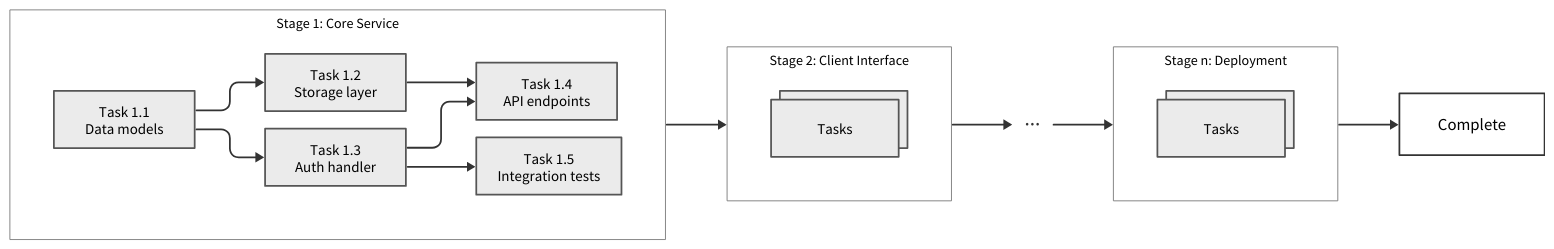
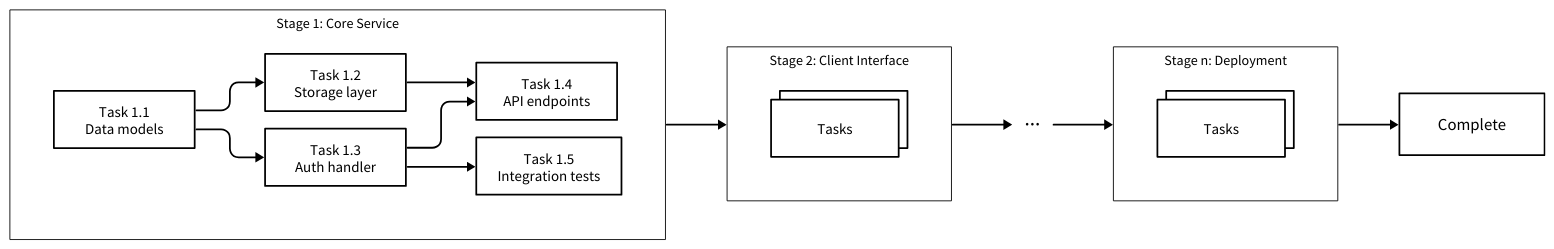
One commit to sdi2200262/bsc-apm-thesis changed the diagram in diagrams/framework-design/stage-progression.d2. Above: the diagram before and after it, drawn with D2. The commit also changed 3 other files, not shown here.

First line of the commit message:
chore(thesis): darken diagram strokes and singularise worker label

```diff
--- a/diagrams/framework-design/stage-progression.d2
+++ b/diagrams/framework-design/stage-progression.d2
@@ -1,147 +1,147 @@
 direction: right
 
 vars: {
   d2-config: {
     layout-engine: elk
     theme-id: 0
     pad: 18
     center: true
   }
 }
 
 classes: {
   stage: {
     style: {
       fill: "#ffffff"
-      stroke: "#777777"
+      stroke: "#000000"
       stroke-width: 1
       font-color: "#000000"
       font-size: 16
       bold: false
       border-radius: 0
       shadow: false
     }
   }
   task: {
     style: {
-      fill: "#ebebeb"
-      stroke: "#555555"
+      fill: "#ffffff"
+      stroke: "#000000"
       stroke-width: 2
       font-color: "#000000"
       font-size: 17
       bold: false
       border-radius: 0
       shadow: false
     }
   }
   terminal: {
     style: {
       fill: "#ffffff"
-      stroke: "#333333"
+      stroke: "#000000"
       stroke-width: 2
       font-color: "#000000"
       font-size: 19
       bold: false
       border-radius: 0
       shadow: false
     }
   }
 }
 
 stage_1: {
   label: "Stage 1: Core Service"
   class: stage
 
   task_1: {
     label: "Task 1.1\nData models"
     class: task
     width: 160
     height: 65
   }
   task_2: {
     label: "Task 1.2\nStorage layer"
     class: task
     width: 160
     height: 65
   }
   task_3: {
     label: "Task 1.3\nAuth handler"
     class: task
     width: 160
     height: 65
   }
   task_4: {
     label: "Task 1.4\nAPI endpoints"
     class: task
     width: 160
     height: 65
   }
   task_5: {
     label: "Task 1.5\nIntegration tests"
     class: task
     width: 165
     height: 65
   }
 
   task_1 -> task_2
   task_1 -> task_3
   task_2 -> task_4
   task_3 -> task_4
   task_3 -> task_5
 }
 
 stage_2: {
   label: "Stage 2: Client Interface"
   class: stage
 
   tasks: {
     label: Tasks
     class: task
     width: 145
     height: 65
     style.multiple: true
   }
 }
 
 more: {
   label: ···
   shape: text
   style: {
-    font-color: "#333333"
+    font-color: "#000000"
     font-size: 24
     bold: false
   }
 }
 
 stage_n: {
   label: "Stage n: Deployment"
   class: stage
 
   tasks: {
     label: Tasks
     class: task
     width: 145
     height: 65
     style.multiple: true
   }
 }
 
 complete: {
   label: Complete
   class: terminal
   width: 165
   height: 70
 }
 
 stage_1 -> stage_2
 stage_2 -> more
 more -> stage_n
 stage_n -> complete
 
 (** -> **)[*].style: {
-  stroke: "#333333"
+  stroke: "#000000"
   stroke-width: 2
   font-color: "#000000"
   font-size: 16
   border-radius: 10
 }
```
